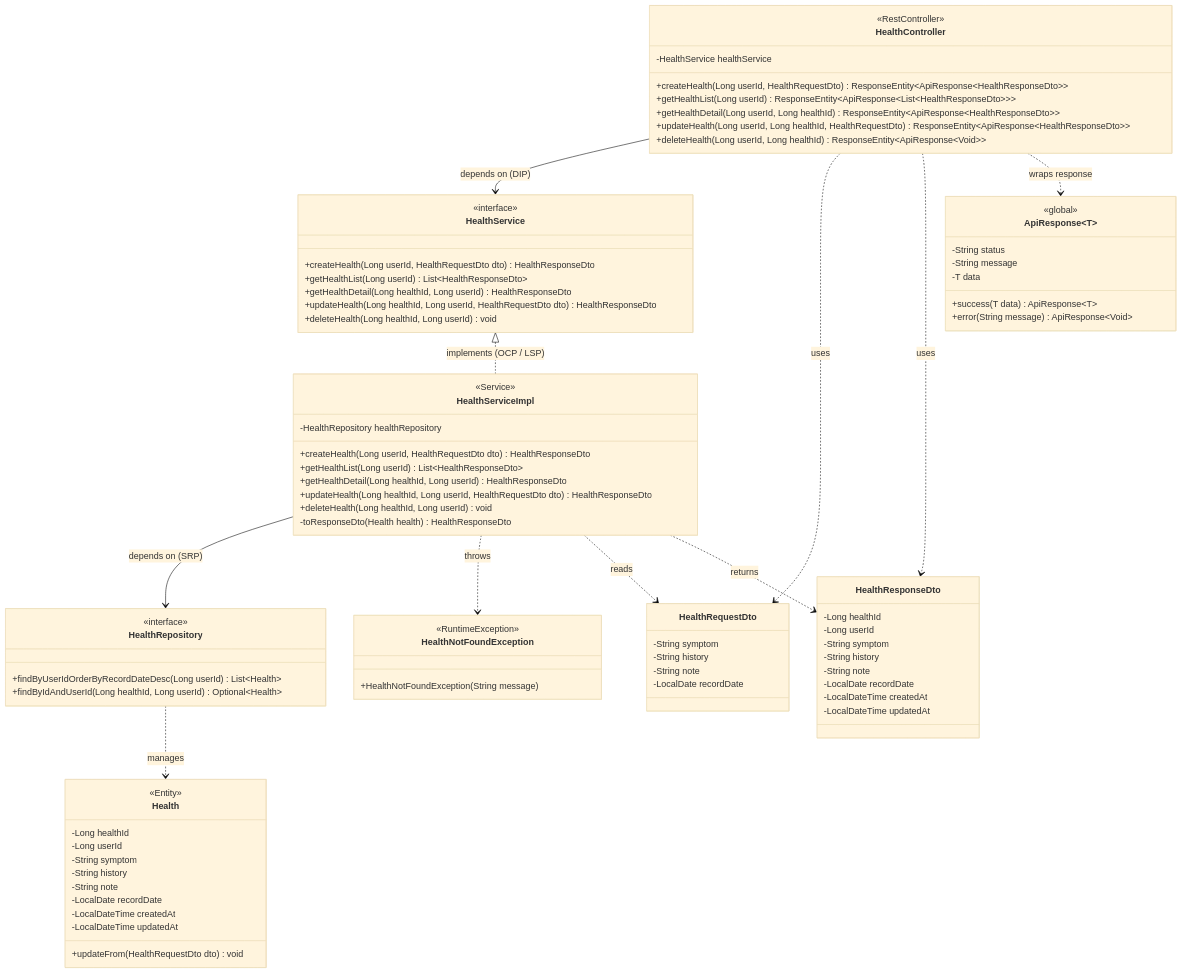
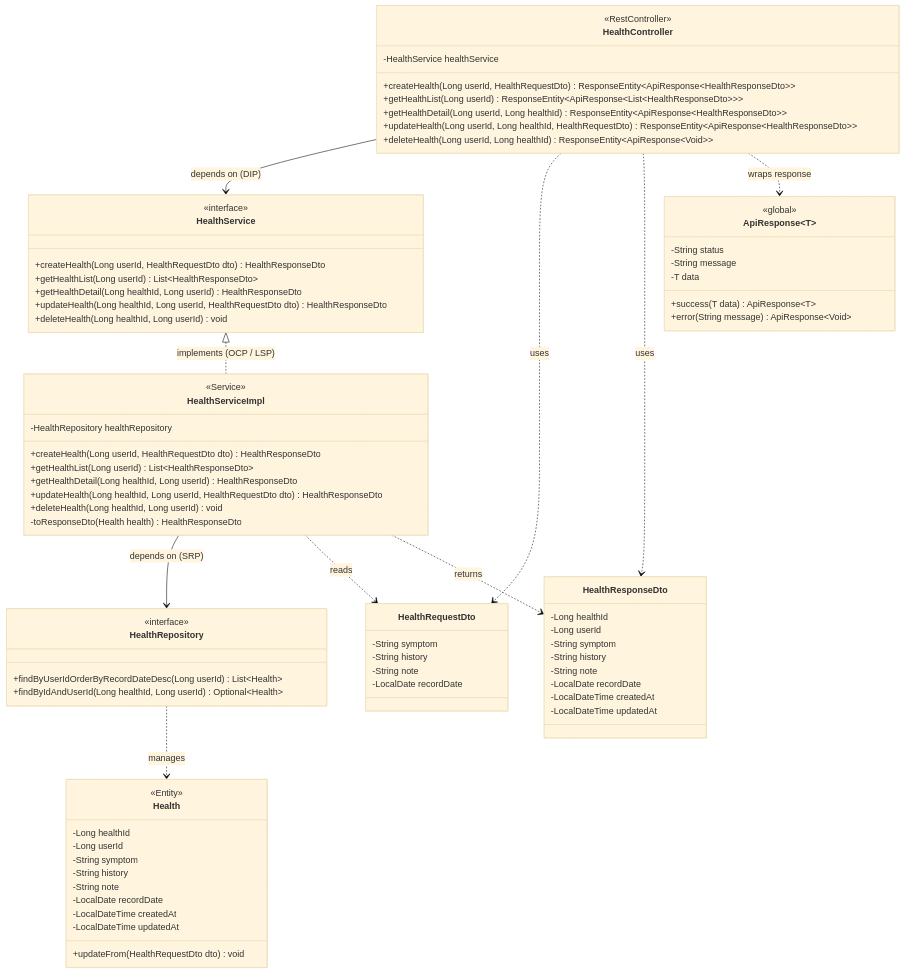
Before and after one commit to gachonsoftware22/Backend: the diagram in docs/health.md, drawn with Mermaid (base theme).

````diff
--- a/docs/health.md
+++ b/docs/health.md
@@ -140,11 +140,7 @@
         -LocalDateTime updatedAt
     }
 
-    %% ── Exception ───────────────────────────────────────
-    class HealthNotFoundException {
-        <<RuntimeException>>
-        +HealthNotFoundException(String message)
-    }
+
 
     %% ── Global (재사용) ──────────────────────────────────
     class ApiResponse~T~ {
@@ -164,7 +160,6 @@
     HealthController ..> HealthRequestDto    : uses
     HealthController ..> HealthResponseDto   : uses
     HealthController ..> ApiResponse         : wraps response
-    HealthServiceImpl ..> HealthNotFoundException : throws
     HealthServiceImpl ..> HealthRequestDto   : reads
     HealthServiceImpl ..> HealthResponseDto  : returns
 ```
````
